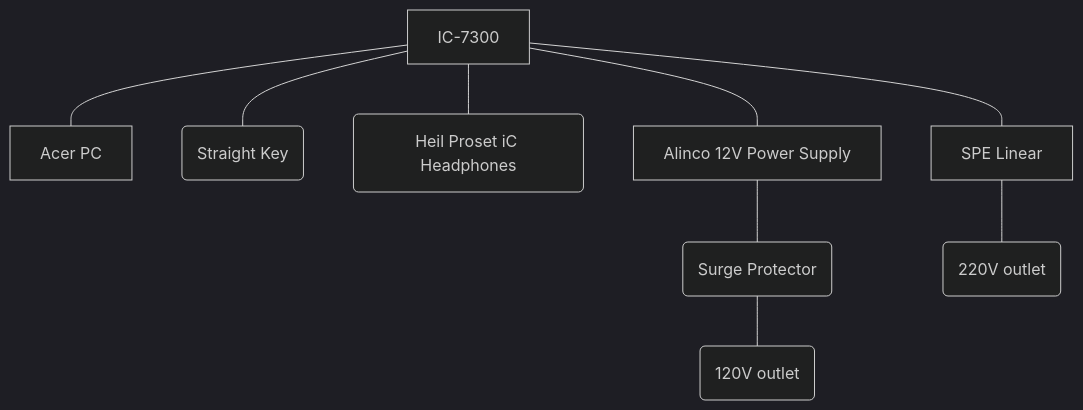
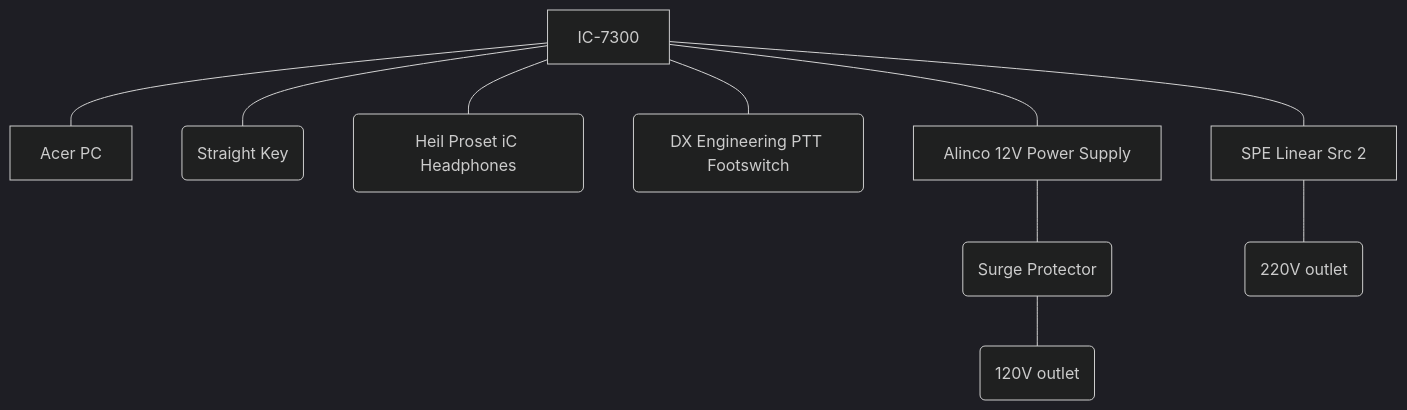
One commit to W3TM/w3tm.github.io changed the second of 3 diagrams in src/home-stations.qmd. Above: the diagram before and after it, drawn with Mermaid (dark theme). The commit also changed other lines of this file and 27 other files, not shown here.

````diff
--- a/src/home-stations.qmd
+++ b/src/home-stations.qmd
@@ -47,13 +47,14 @@
 ```{mermaid}
 %%| title: "HF-2 Connections"
 %%| fig-cap: "HF-2 Block Diagram"
 flowchart TD
   A[IC-7300] --- B[Acer PC]
   A --- H(Straight Key)
   A --- I(Heil Proset iC Headphones)
+  A --- J(DX Engineering PTT Footswitch)
   A --- C[Alinco 12V Power Supply]
   C --- D(Surge Protector)
   D --- E(120V outlet)
-  A --- F[SPE Linear]
+  A --- F[SPE Linear Src 2]
   F --- G(220V outlet)
 ```
````
